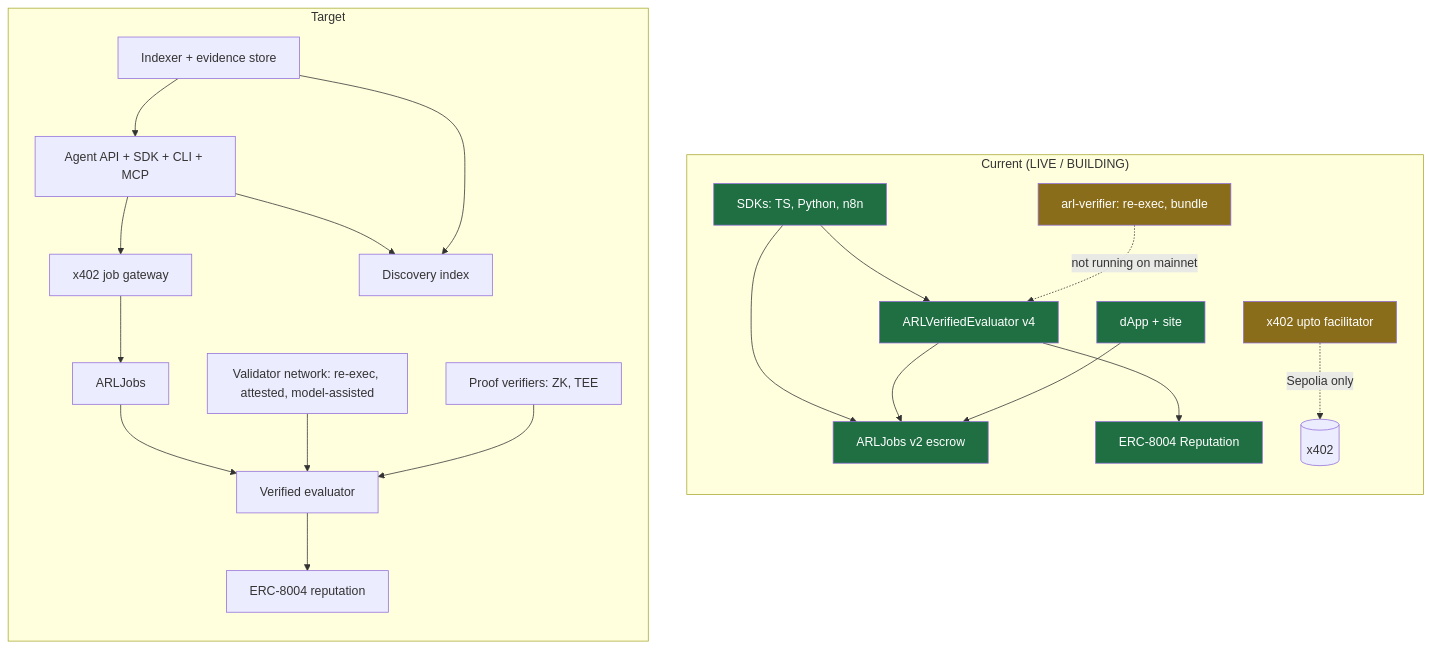
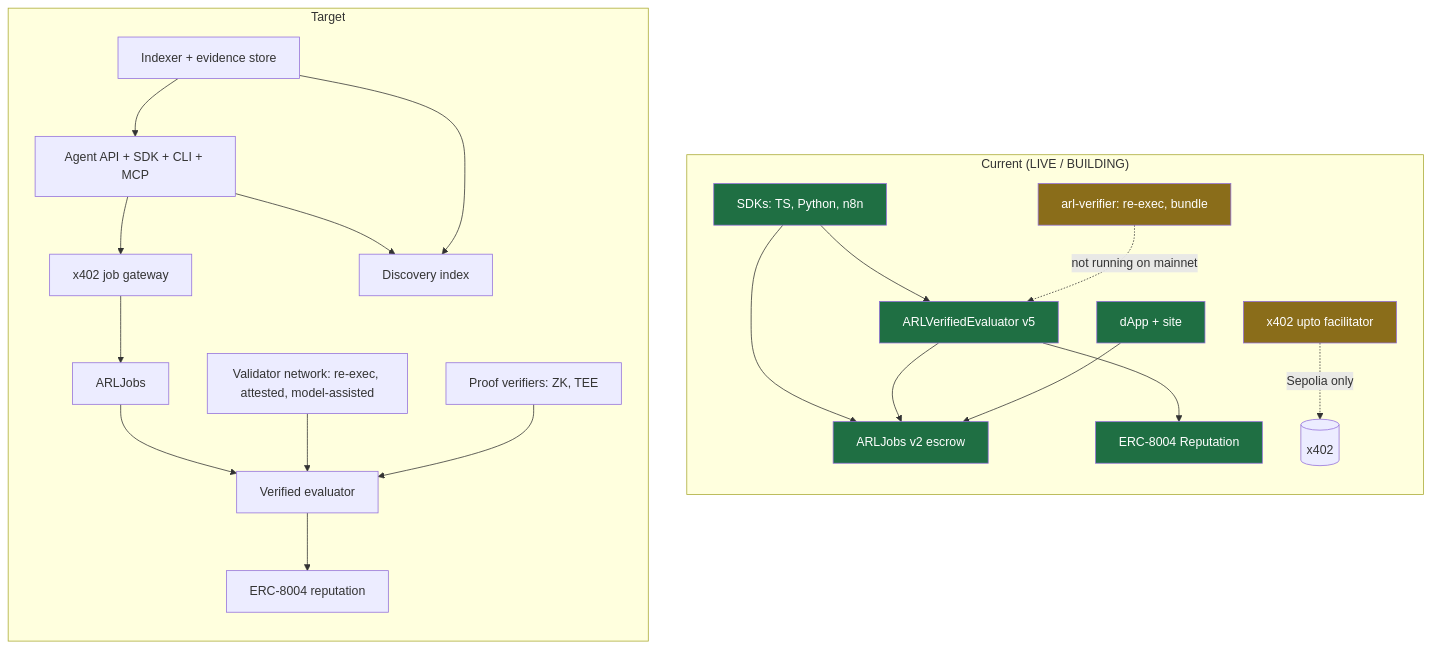
The second of 7 diagrams in docs/architecture/MASTER-ARCHITECTURE-ROADMAP.md (armanalabsai/arlcoin.io), drawn with Mermaid before and after one commit. The commit also changed other lines of this file and 27 other files, not shown here.

First line of the commit message:
D-1 live: ARLJobs v3 and evaluator v5 on Base Mainnet everywhere

````diff
--- a/docs/architecture/MASTER-ARCHITECTURE-ROADMAP.md
+++ b/docs/architecture/MASTER-ARCHITECTURE-ROADMAP.md
@@ -141,27 +141,27 @@
 ```mermaid
 flowchart TB
   subgraph Current["Current (LIVE / BUILDING)"]
     direction TB
     C_SDK[SDKs: TS, Python, n8n]:::live --> C_JOBS[ARLJobs v2 escrow]:::live
-    C_SDK --> C_EVAL[ARLVerifiedEvaluator v4]:::live
+    C_SDK --> C_EVAL[ARLVerifiedEvaluator v5]:::live
     C_EVAL --> C_JOBS
     C_EVAL --> C_REP[ERC-8004 Reputation]:::live
     C_VER[arl-verifier: re-exec, bundle]:::building -.not running on mainnet.-> C_EVAL
     C_PAY[x402 upto facilitator]:::building -.Sepolia only.-> C_X402[(x402)]
     C_APP[dApp + site]:::live --> C_JOBS
   end
   subgraph Target["Target"]
     direction TB
     T_API[Agent API + SDK + CLI + MCP] --> T_GW[x402 job gateway]
     T_API --> T_DISC[Discovery index]
     T_GW --> T_JOBS[ARLJobs]
     T_JOBS --> T_EVAL[Verified evaluator]
     T_VALS[Validator network: re-exec, attested, model-assisted] --> T_EVAL
     T_EVAL --> T_REP[ERC-8004 reputation]
     T_IDX[Indexer + evidence store] --> T_DISC
     T_IDX --> T_API
     T_PROOF[Proof verifiers: ZK, TEE] --> T_EVAL
   end
   classDef live fill:#1f6f43,color:#fff
   classDef building fill:#8a6d1a,color:#fff
 ```
````
